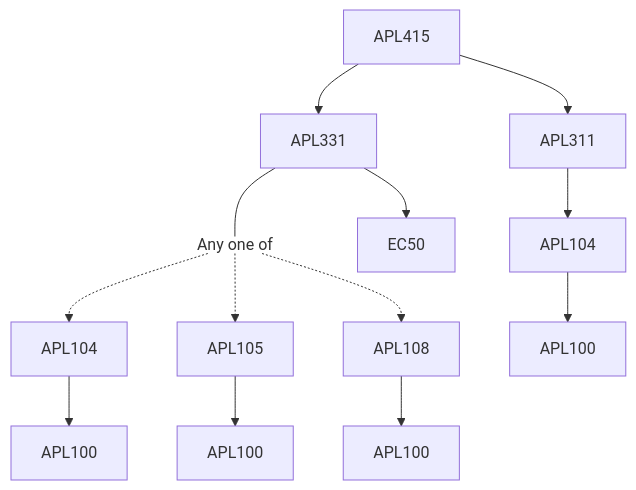
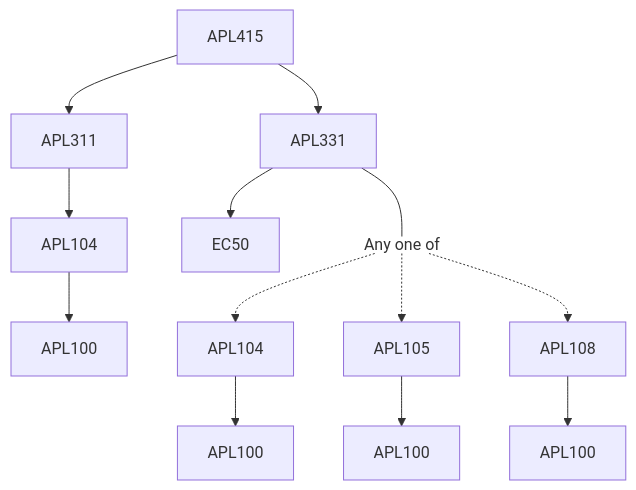
One commit to KeshavBansal0122/CoS_Website changed the diagram in content/Applied Mechanics/APL415.md. Above: the diagram before and after it, drawn with Mermaid. The commit also changed other lines of this file and 2667 other files, not shown here.

````diff
--- a/content/Applied Mechanics/APL415.md
+++ b/content/Applied Mechanics/APL415.md
@@ -17,19 +15,19 @@
 ```mermaid
 flowchart TD
-APL415-18[APL415]
-APL331-18 --- Or19[Any one of]:::empty
-APL104-20 --> APL100-20[APL100]
-Or19 -.-> APL104-20[APL104]
-Or19 -.-> APL105-21[APL105]
-APL105-21 --> APL100-21[APL100]
-Or19 -.-> APL108-22[APL108]
-APL108-22 --> APL100-22[APL100]
-APL311-18 --> APL104-18[APL104]
-APL331-18 --> EC50-18[EC50]
-APL104-18 --> APL100-18[APL100]
-APL415-18 --> APL331-18[APL331]
-APL415-18 --> APL311-18[APL311]
+APL415-33[APL415]
+APL415-33 --> APL331-33[APL331]
+APL104-33 --> APL100-33[APL100]
+APL415-33 --> APL311-33[APL311]
+APL331-33 --> EC50-33[EC50]
+APL311-33 --> APL104-33[APL104]
+APL331-33 --- Or34[Any one of]:::empty
+APL104-35 --> APL100-35[APL100]
+Or34 -.-> APL104-35[APL104]
+APL105-36 --> APL100-36[APL100]
+Or34 -.-> APL105-36[APL105]
+APL108-37 --> APL100-37[APL100]
+Or34 -.-> APL108-37[APL108]
 
 classDef empty height:17px, fill:transparent, stroke:transparent;
 classDef trueEmpty height:0px, width:0px;
 ```
````
